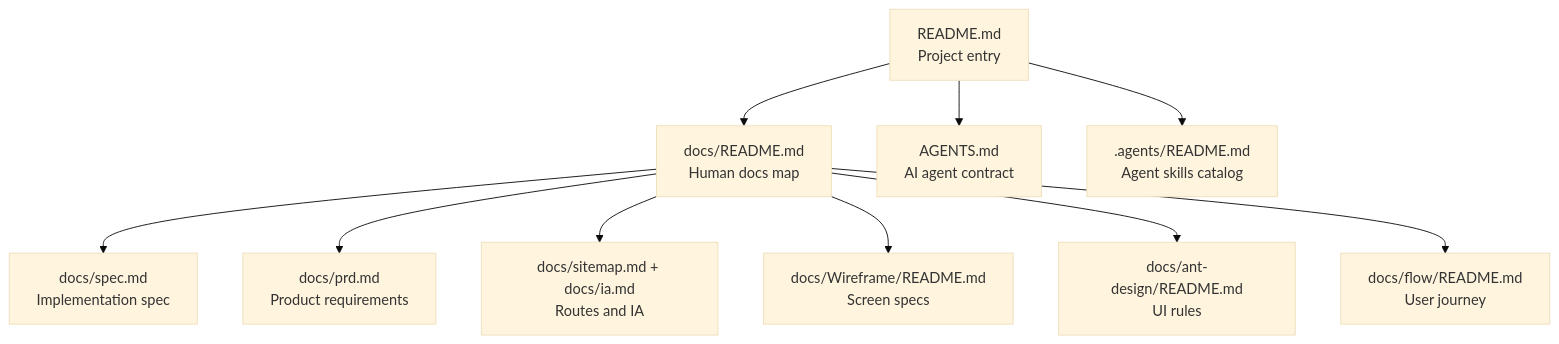
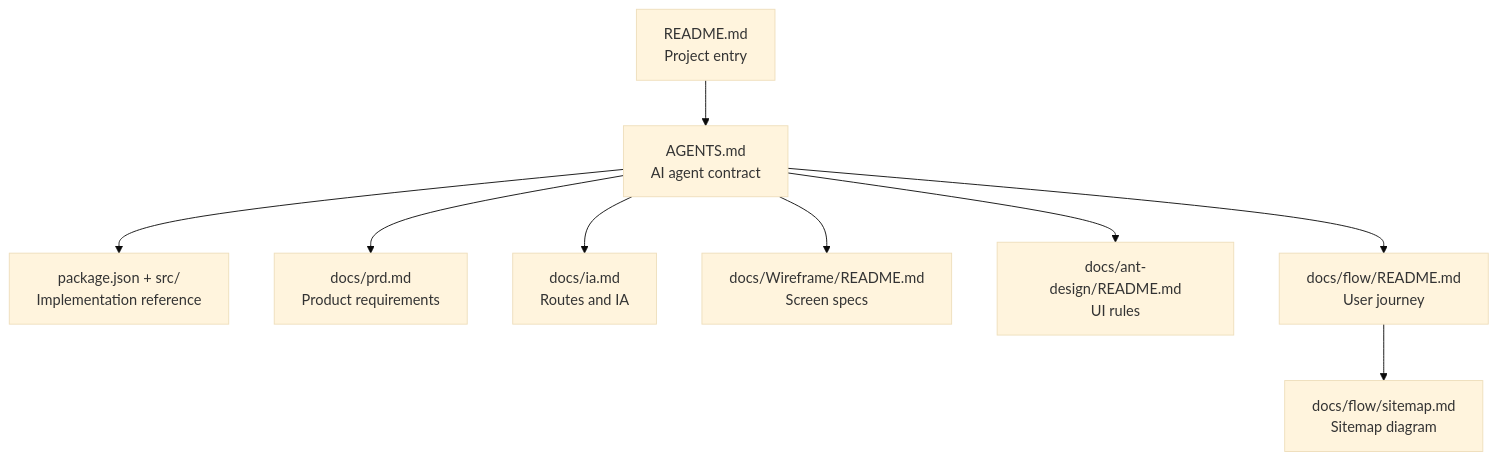
The eighth of 8 diagrams in README.md (blackstarzck/topik-project-v13), drawn with Mermaid (base theme) before and after one commit. The commit also changed other lines of this file and 436 other files, not shown here.

````diff
--- a/README.md
+++ b/README.md
@@ -226,12 +226,11 @@
 ```mermaid
 flowchart TD
-    A["README.md<br/>Project entry"] --> B["docs/README.md<br/>Human docs map"]
-    A --> X["AGENTS.md<br/>AI agent contract"]
-    A --> Z[".agents/README.md<br/>Agent skills catalog"]
-    B --> C["docs/spec.md<br/>Implementation spec"]
+    A["README.md<br/>Project entry"] --> B["AGENTS.md<br/>AI agent contract"]
+    B --> C["package.json + src/<br/>Implementation reference"]
     B --> D["docs/prd.md<br/>Product requirements"]
-    B --> E["docs/sitemap.md + docs/ia.md<br/>Routes and IA"]
+    B --> E["docs/ia.md<br/>Routes and IA"]
     B --> F["docs/Wireframe/README.md<br/>Screen specs"]
     B --> G["docs/ant-design/README.md<br/>UI rules"]
     B --> H["docs/flow/README.md<br/>User journey"]
+    H --> I["docs/flow/sitemap.md<br/>Sitemap diagram"]
 ```
````
